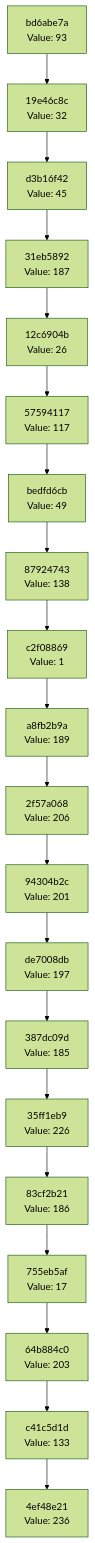
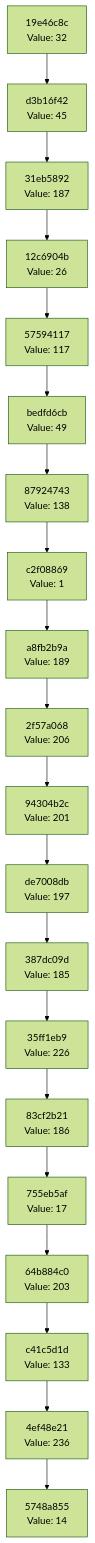
Before and after one commit to Abhisheksinha1506/hash-chain-evolver: the diagram in docs/CHAIN_VISUALIZATION.md, drawn with Mermaid (forest theme). The commit also changed 3 other files, not shown here.

````diff
--- a/docs/CHAIN_VISUALIZATION.md
+++ b/docs/CHAIN_VISUALIZATION.md
@@ -3,42 +3,42 @@
 ```mermaid
 graph TD
-    C0["4ef48e21<br/>Value: 236"]
-    C1["c41c5d1d<br/>Value: 133"]
+    C0["5748a855<br/>Value: 14"]
+    C1["4ef48e21<br/>Value: 236"]
     C1 --> C0
-    C2["64b884c0<br/>Value: 203"]
+    C2["c41c5d1d<br/>Value: 133"]
     C2 --> C1
-    C3["755eb5af<br/>Value: 17"]
+    C3["64b884c0<br/>Value: 203"]
     C3 --> C2
-    C4["83cf2b21<br/>Value: 186"]
+    C4["755eb5af<br/>Value: 17"]
     C4 --> C3
-    C5["35ff1eb9<br/>Value: 226"]
+    C5["83cf2b21<br/>Value: 186"]
     C5 --> C4
-    C6["387dc09d<br/>Value: 185"]
+    C6["35ff1eb9<br/>Value: 226"]
     C6 --> C5
-    C7["de7008db<br/>Value: 197"]
+    C7["387dc09d<br/>Value: 185"]
     C7 --> C6
-    C8["94304b2c<br/>Value: 201"]
+    C8["de7008db<br/>Value: 197"]
     C8 --> C7
-    C9["2f57a068<br/>Value: 206"]
+    C9["94304b2c<br/>Value: 201"]
     C9 --> C8
-    C10["a8fb2b9a<br/>Value: 189"]
+    C10["2f57a068<br/>Value: 206"]
     C10 --> C9
-    C11["c2f08869<br/>Value: 1"]
+    C11["a8fb2b9a<br/>Value: 189"]
     C11 --> C10
-    C12["87924743<br/>Value: 138"]
+    C12["c2f08869<br/>Value: 1"]
     C12 --> C11
-    C13["bedfd6cb<br/>Value: 49"]
+    C13["87924743<br/>Value: 138"]
     C13 --> C12
-    C14["57594117<br/>Value: 117"]
+    C14["bedfd6cb<br/>Value: 49"]
     C14 --> C13
-    C15["12c6904b<br/>Value: 26"]
+    C15["57594117<br/>Value: 117"]
     C15 --> C14
-    C16["31eb5892<br/>Value: 187"]
+    C16["12c6904b<br/>Value: 26"]
     C16 --> C15
-    C17["d3b16f42<br/>Value: 45"]
+    C17["31eb5892<br/>Value: 187"]
     C17 --> C16
-    C18["19e46c8c<br/>Value: 32"]
+    C18["d3b16f42<br/>Value: 45"]
     C18 --> C17
-    C19["bd6abe7a<br/>Value: 93"]
+    C19["19e46c8c<br/>Value: 32"]
     C19 --> C18
 ```
````
